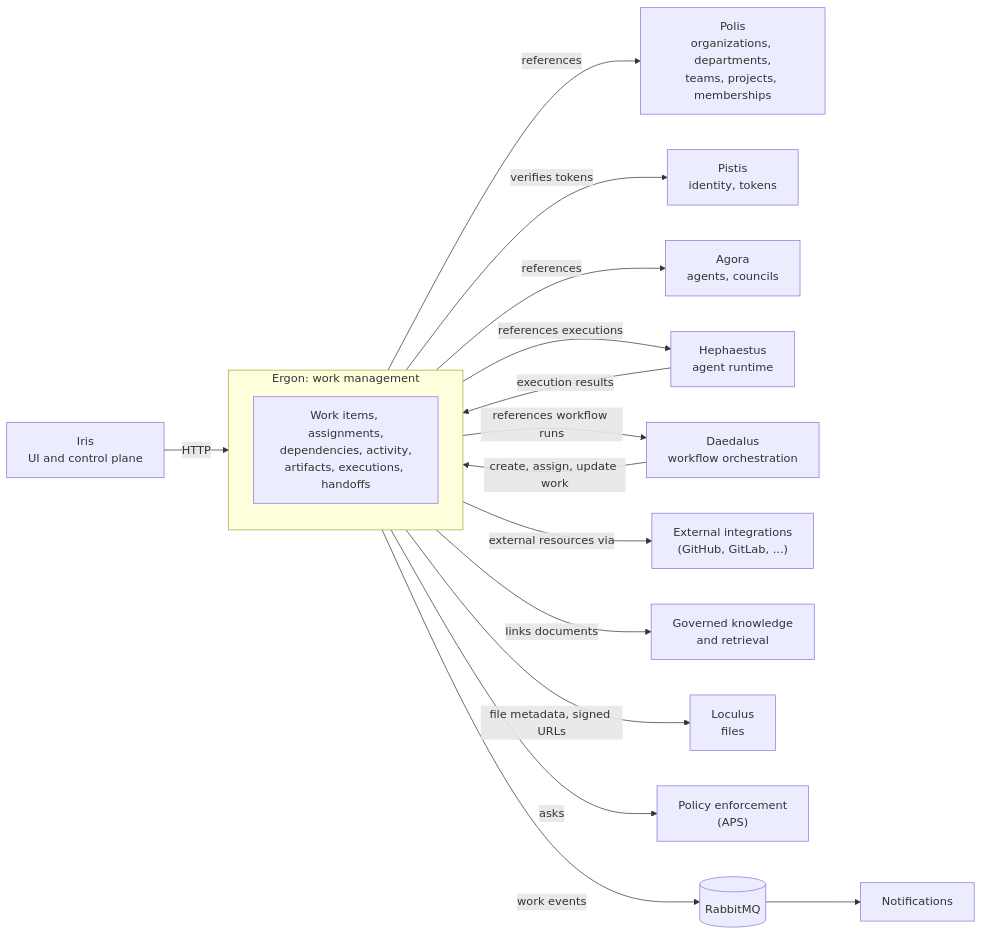
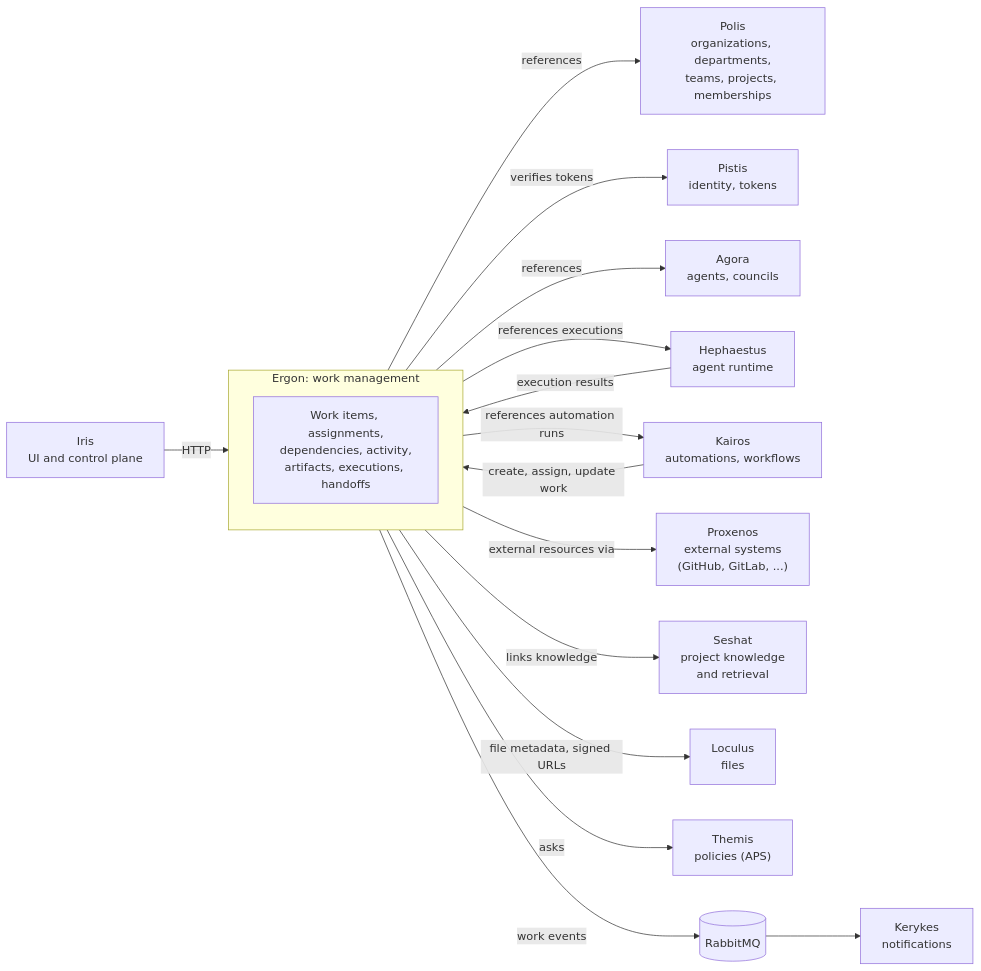
The first of 4 diagrams in ergon/CLAUDE.md (pascalwilbrink/aether-os), drawn with Mermaid before and after one commit. The commit also changed other lines of this file, not shown here.

First line of the commit message:
Ergon: name the services as they are in this repository

````diff
--- a/ergon/CLAUDE.md
+++ b/ergon/CLAUDE.md
@@ -39,33 +39,33 @@
 ```mermaid
 flowchart LR
     Iris["Iris<br/>UI and control plane"]
     subgraph Ergon["Ergon: work management"]
         W["Work items, assignments,<br/>dependencies, activity,<br/>artifacts, executions, handoffs"]
     end
     Polis["Polis<br/>organizations, departments,<br/>teams, projects, memberships"]
     Pistis["Pistis<br/>identity, tokens"]
     Agora["Agora<br/>agents, councils"]
     Heph["Hephaestus<br/>agent runtime"]
-    Daed["Daedalus<br/>workflow orchestration"]
-    Integ["External integrations<br/>(GitHub, GitLab, ...)"]
-    Know["Governed knowledge<br/>and retrieval"]
+    Kairos["Kairos<br/>automations, workflows"]
+    Proxenos["Proxenos<br/>external systems<br/>(GitHub, GitLab, ...)"]
+    Seshat["Seshat<br/>project knowledge<br/>and retrieval"]
     Loculus["Loculus<br/>files"]
-    Policy["Policy enforcement<br/>(APS)"]
-    Notify["Notifications"]
+    Themis["Themis<br/>policies (APS)"]
+    Kerykes["Kerykes<br/>notifications"]
     Bus[("RabbitMQ")]
 
     Iris -->|HTTP| Ergon
-    Daed -->|create, assign, update work| Ergon
+    Kairos -->|create, assign, update work| Ergon
     Heph -->|execution results| Ergon
     Ergon -->|references| Polis
     Ergon -->|verifies tokens| Pistis
     Ergon -->|references| Agora
     Ergon -->|references executions| Heph
-    Ergon -->|references workflow runs| Daed
-    Ergon -->|external resources via| Integ
-    Ergon -->|links documents| Know
+    Ergon -->|references automation runs| Kairos
+    Ergon -->|external resources via| Proxenos
+    Ergon -->|links knowledge| Seshat
     Ergon -->|file metadata, signed URLs| Loculus
-    Ergon -->|asks| Policy
+    Ergon -->|asks| Themis
     Ergon -->|work events| Bus
-    Bus --> Notify
+    Bus --> Kerykes
 ```
````
